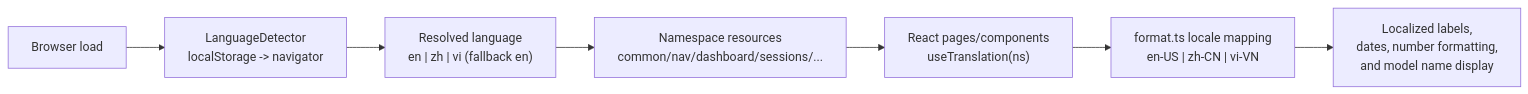
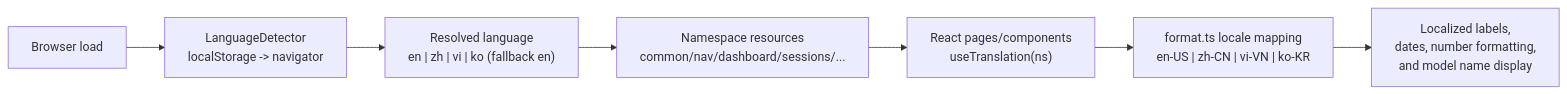
Before and after one commit to quxiucheng/Claude-Code-Agent-Monitor: diagram 12 of 48 in ARCHITECTURE.md, drawn with Mermaid. The commit also changed other lines of this file and 16 other files, not shown here.

````diff
--- a/ARCHITECTURE.md
+++ b/ARCHITECTURE.md
@@ -732,9 +732,9 @@
 ```mermaid
 flowchart LR
     A["Browser load"] --> B["LanguageDetector<br/>localStorage -> navigator"]
-    B --> C["Resolved language<br/>en | zh | vi (fallback en)"]
+    B --> C["Resolved language<br/>en | zh | vi | ko (fallback en)"]
     C --> D["Namespace resources<br/>common/nav/dashboard/sessions/..."]
     D --> E["React pages/components<br/>useTranslation(ns)"]
-    E --> F["format.ts locale mapping<br/>en-US | zh-CN | vi-VN"]
+    E --> F["format.ts locale mapping<br/>en-US | zh-CN | vi-VN | ko-KR"]
     F --> G["Localized labels,<br/>dates, number formatting,<br/>and model name display"]
 ```
````
